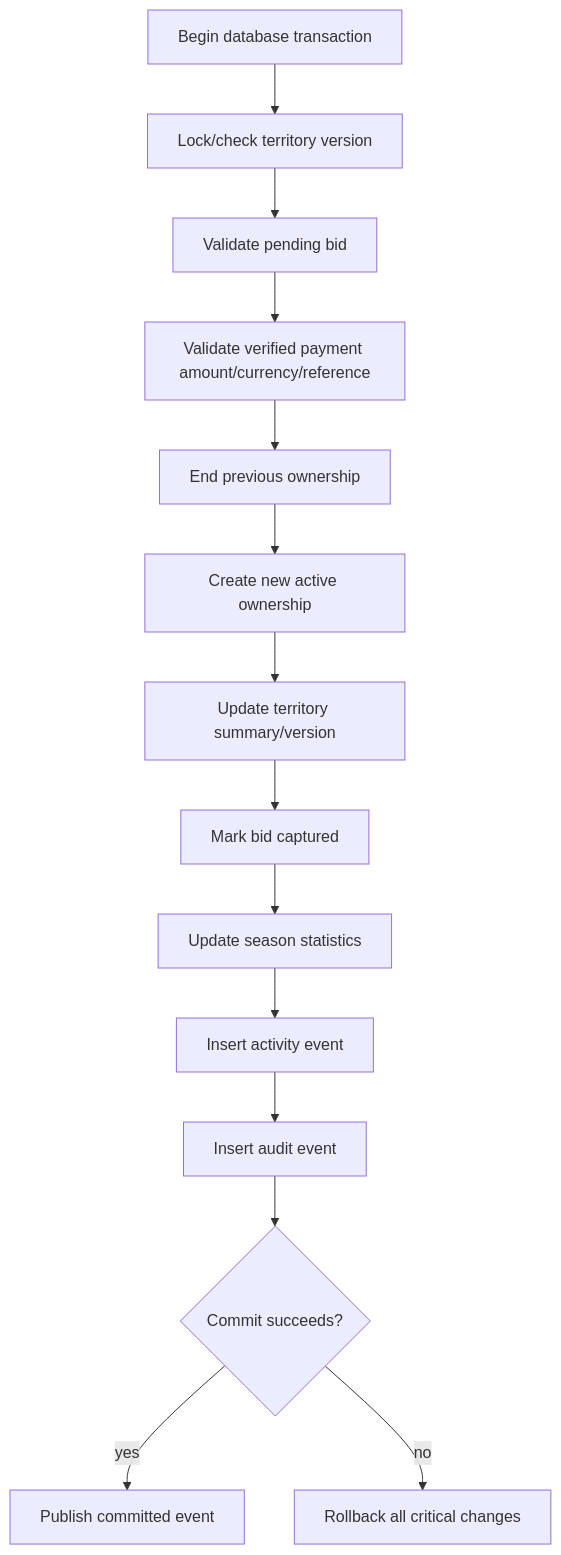
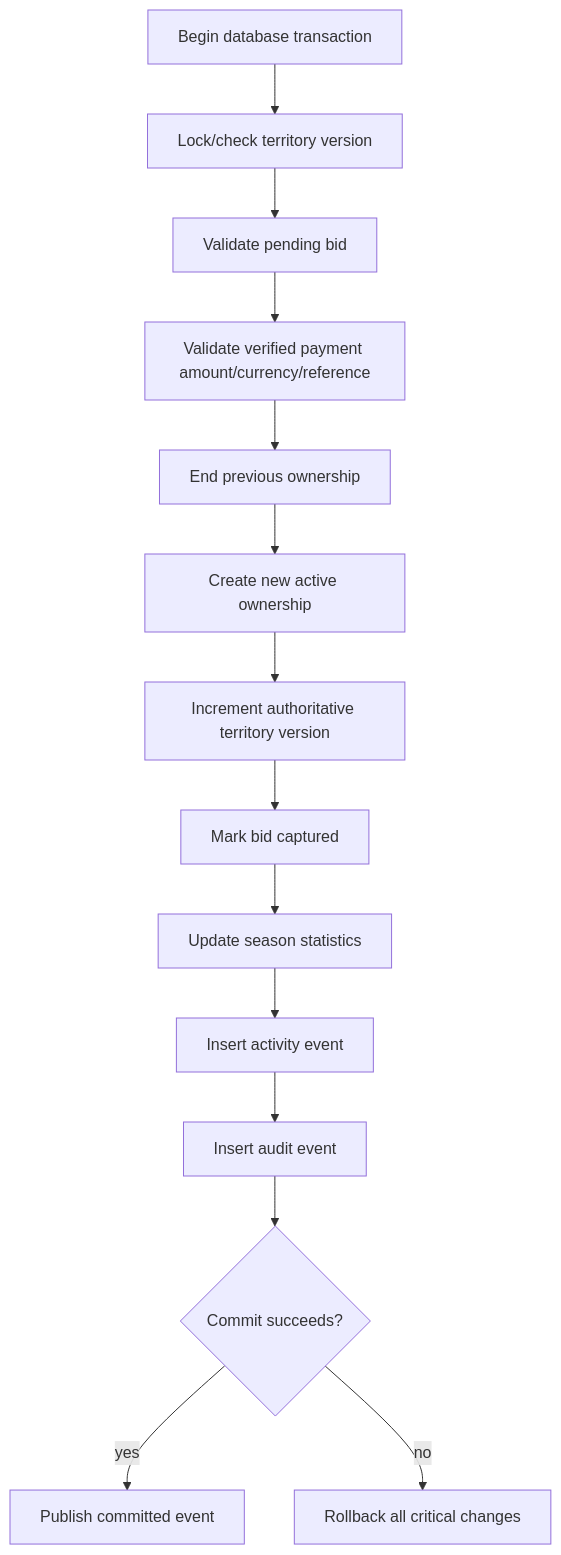
One commit to ren0777/takeover-platform changed the sixth of 8 diagrams in docs/ARCHITECTURE.md. Above: the diagram before and after it, drawn with Mermaid. The commit also changed other lines of this file and 6 other files, not shown here.

````diff
--- a/docs/ARCHITECTURE.md
+++ b/docs/ARCHITECTURE.md
@@ -184,16 +192,16 @@
 ```mermaid
 flowchart TD
   Start[Begin database transaction] --> Lock[Lock/check territory version]
   Lock --> Bid[Validate pending bid]
   Bid --> Payment[Validate verified payment amount/currency/reference]
   Payment --> EndOld[End previous ownership]
   EndOld --> New[Create new active ownership]
-  New --> Summary[Update territory summary/version]
-  Summary --> BidStatus[Mark bid captured]
+  New --> Version[Increment authoritative territory version]
+  Version --> BidStatus[Mark bid captured]
   BidStatus --> Stats[Update season statistics]
   Stats --> Activity[Insert activity event]
   Activity --> Audit[Insert audit event]
   Audit --> Commit{Commit succeeds?}
   Commit -->|yes| Publish[Publish committed event]
   Commit -->|no| Rollback[Rollback all critical changes]
 ```
````
